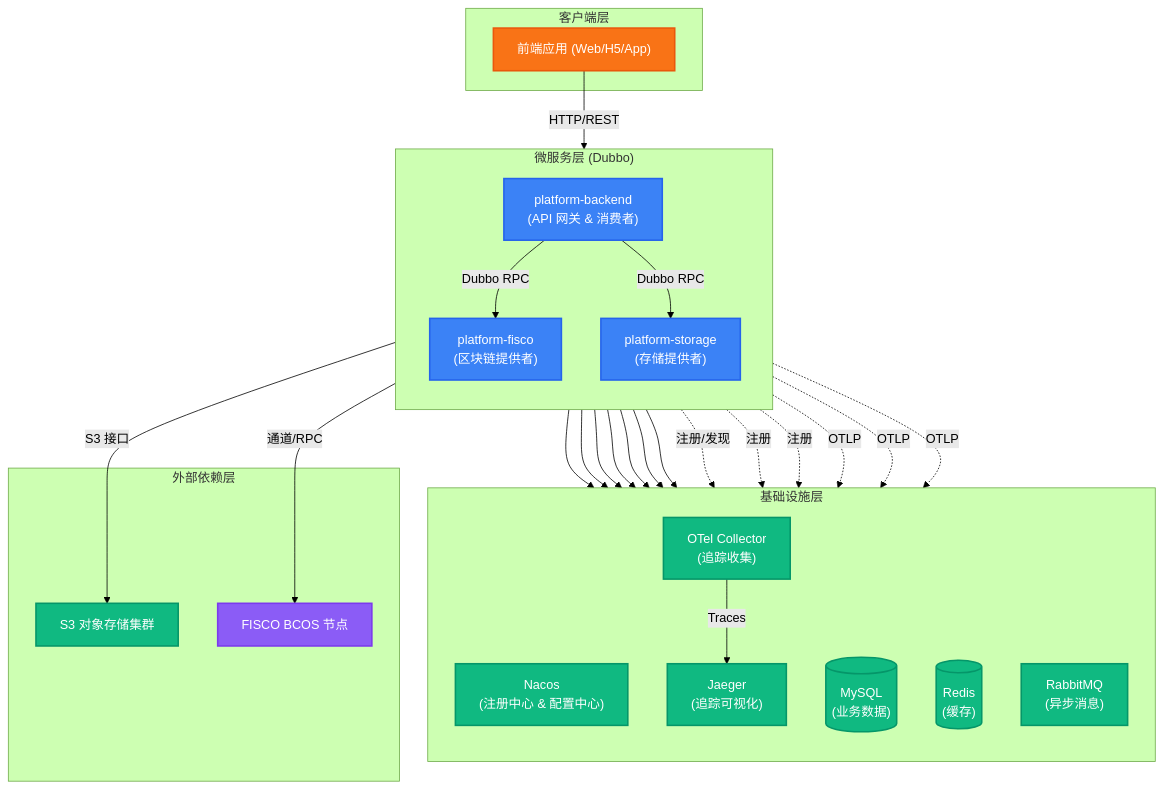
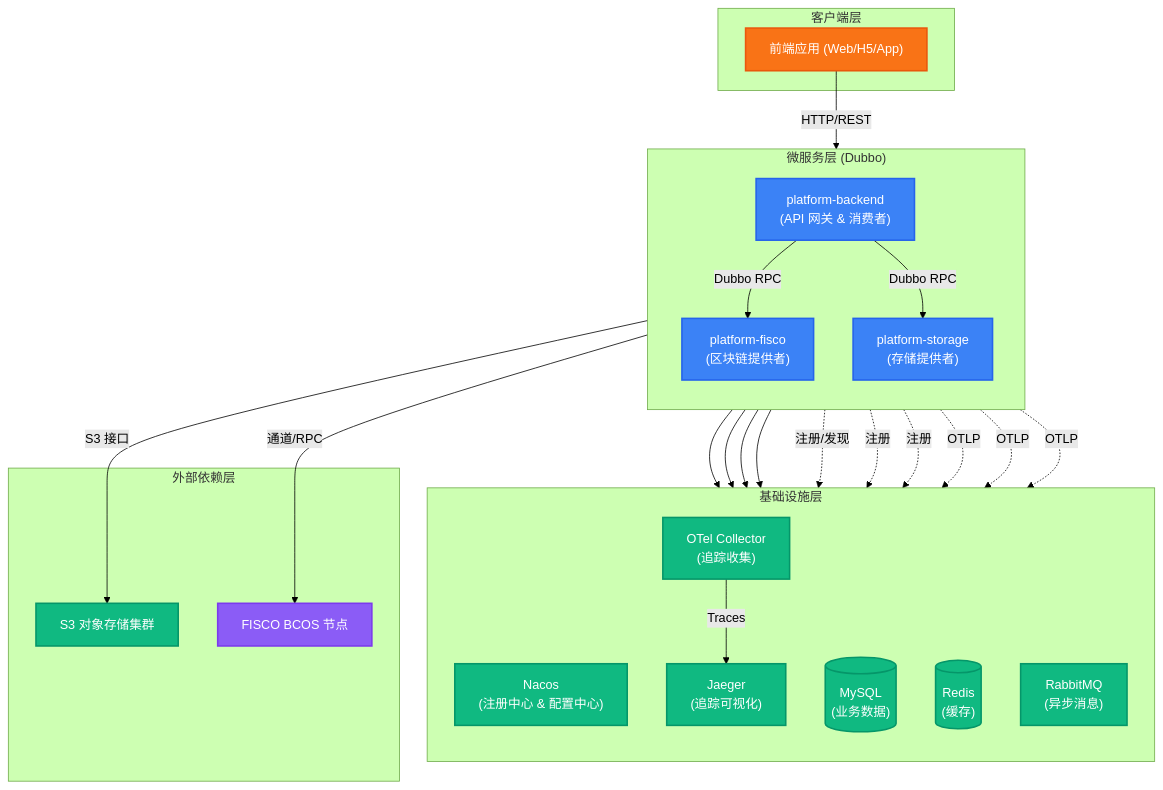
Before and after one commit to SoarCollab/RecordPlatform: the first of 9 diagrams in docs/zh/architecture/system-overview.md, drawn with Mermaid (forest theme). The commit also changed 37 other files, not shown here.

````diff
--- a/docs/zh/architecture/system-overview.md
+++ b/docs/zh/architecture/system-overview.md
@@ -5,60 +5,59 @@
 ```mermaid
 flowchart TB
     %% Style Definitions %%
     classDef service fill:#3b82f6,stroke:#2563eb,stroke-width:2px,color:#ffffff
     classDef infra fill:#10b981,stroke:#059669,stroke-width:2px,color:#ffffff
     classDef chain fill:#8b5cf6,stroke:#7c3aed,stroke-width:2px,color:#ffffff
     classDef client fill:#f97316,stroke:#ea580c,stroke-width:2px,color:#ffffff
 
     subgraph ClientLayer["客户端层"]
         Frontend["前端应用 (Web/H5/App)"]:::client
     end
 
     subgraph ServiceLayer["微服务层 (Dubbo)"]
         direction TB
         Backend["platform-backend<br/>(API 网关 & 消费者)"]:::service
         Fisco["platform-fisco<br/>(区块链提供者)"]:::service
         Storage["platform-storage<br/>(存储提供者)"]:::service
     end
 
     subgraph InfraLayer["基础设施层"]
         direction TB
         Nacos["Nacos<br/>(注册中心 & 配置中心)"]:::infra
         MySQL[("MySQL<br/>(业务数据)")]:::infra
         Redis[("Redis<br/>(缓存)")]:::infra
         RabbitMQ["RabbitMQ<br/>(异步消息)"]:::infra
         OTel["OTel Collector<br/>(追踪收集)"]:::infra
         Jaeger["Jaeger<br/>(追踪可视化)"]:::infra
     end
 
     subgraph ExternalLayer["外部依赖层"]
         S3["S3 对象存储集群"]:::infra
         BCOS["FISCO BCOS 节点"]:::chain
     end
 
     %% Connections %%
     Frontend -->|HTTP/REST| Backend
 
     Backend -->|Dubbo RPC| Fisco
     Backend -->|Dubbo RPC| Storage
 
     %% Service to Infra %%
     Backend --> MySQL & Redis & RabbitMQ
-    Fisco --> MySQL & Redis
-    Storage --> MySQL & Redis
+    Fisco -->|通道/RPC| BCOS
+    Storage --> Redis
 
     %% Service Registry %%
     Backend -.->|注册/发现| Nacos
     Fisco -.->|注册| Nacos
     Storage -.->|注册| Nacos
 
     %% Service to External %%
-    Fisco -->|通道/RPC| BCOS
     Storage -->|S3 接口| S3
 
     %% Tracing %%
     Backend -.->|OTLP| OTel
     Fisco -.->|OTLP| OTel
     Storage -.->|OTLP| OTel
     OTel -->|Traces| Jaeger
 ```
````
